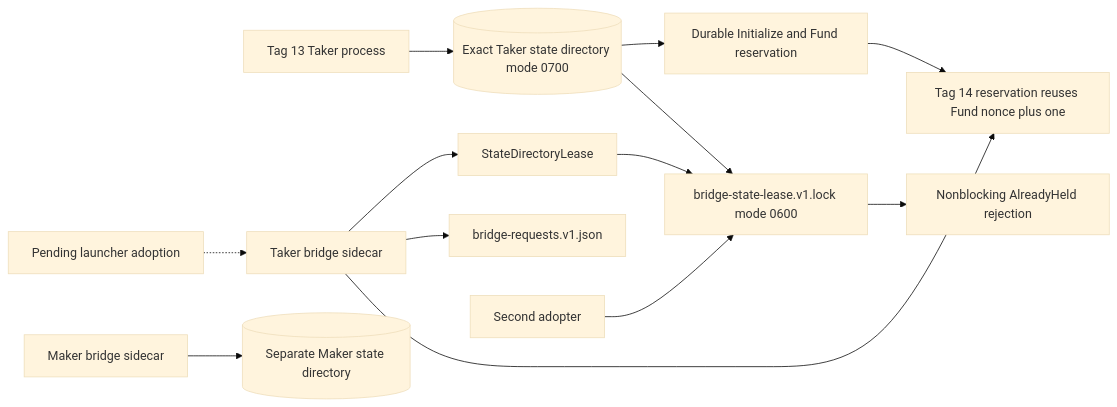
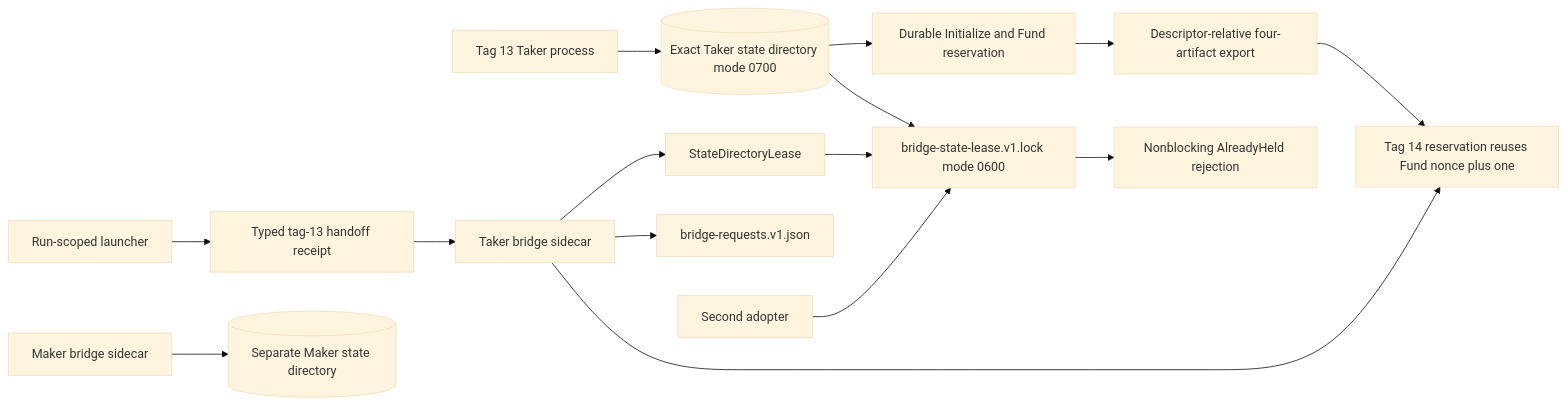
The first of 2 diagrams in docs/architecture/0076-lease-exclusive-xmr-sidecar-state.md (gateway-fm/lez-atomic-swaps), drawn with Mermaid (base theme) before and after one commit. The commit also changed other lines of this file and 14 other files, not shown here.

````diff
--- a/docs/architecture/0076-lease-exclusive-xmr-sidecar-state.md
+++ b/docs/architecture/0076-lease-exclusive-xmr-sidecar-state.md
@@ -51,15 +54,17 @@
 ```mermaid
 flowchart LR
     Tag13["Tag 13 Taker process"] --> TakerState[("Exact Taker state directory mode 0700")]
     TakerState --> Pair["Durable Initialize and Fund reservation"]
     TakerState --> Lock["bridge-state-lease.v1.lock mode 0600"]
-    Launcher["Pending launcher adoption"] -.-> TakerBridge["Taker bridge sidecar"]
+    Launcher["Run-scoped launcher"] --> Receipt["Typed tag-13 handoff receipt"]
+    Receipt --> TakerBridge["Taker bridge sidecar"]
     TakerBridge --> Lease["StateDirectoryLease"]
     Lease --> Lock
     TakerBridge --> Requests["bridge-requests.v1.json"]
-    Pair --> Tag14["Tag 14 reservation reuses Fund nonce plus one"]
+    Pair --> Export["Descriptor-relative four-artifact export"]
+    Export --> Tag14["Tag 14 reservation reuses Fund nonce plus one"]
     TakerBridge --> Tag14
     Second["Second adopter"] --> Lock
     Lock --> Reject["Nonblocking AlreadyHeld rejection"]
     MakerBridge["Maker bridge sidecar"] --> MakerState[("Separate Maker state directory")]
 ```
````
